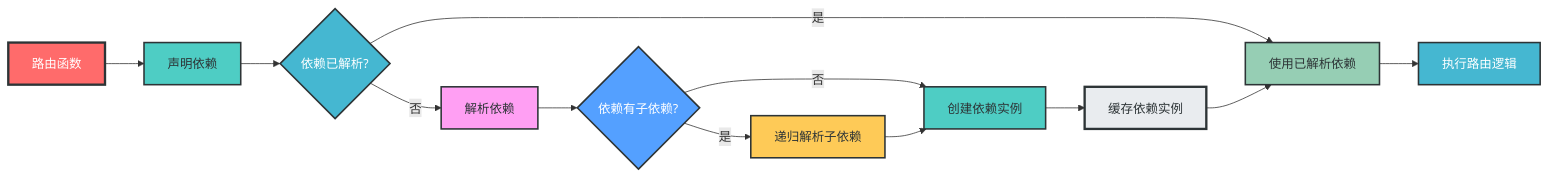
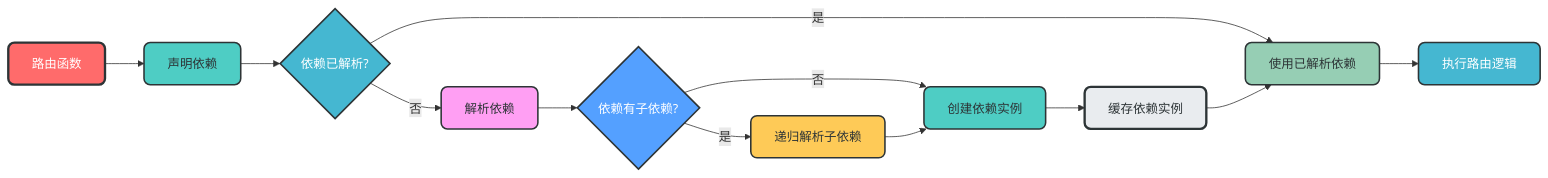
Before and after one commit to amuqiao/FastAPI-MVC: the fifth of 6 diagrams in README.md, drawn with Mermaid. The commit also changed other lines of this file, not shown here.

````diff
--- a/README.md
+++ b/README.md
@@ -205,25 +205,25 @@
 ```mermaid
 graph LR
     A[路由函数] --> B[声明依赖]
     B --> C{依赖已解析?}
     C -->|是| D[使用已解析依赖]
     C -->|否| E[解析依赖]
     E --> F{依赖有子依赖?}
     F -->|是| G[递归解析子依赖]
     F -->|否| H[创建依赖实例]
     G --> H
     H --> I[缓存依赖实例]
     I --> D
     D --> J[执行路由逻辑]
     
-    style A fill:#FF6B6B,stroke:#2D3436,stroke-width:3px,color:white
-    style B fill:#4ECDC4,stroke:#2D3436,stroke-width:2px,color:#2D3436
-    style C fill:#45B7D1,stroke:#2D3436,stroke-width:2px,color:white
-    style D fill:#96CEB4,stroke:#2D3436,stroke-width:2px,color:#2D3436
-    style E fill:#FF9FF3,stroke:#2D3436,stroke-width:2px,color:#2D3436
-    style F fill:#54A0FF,stroke:#2D3436,stroke-width:2px,color:white
-    style G fill:#FECA57,stroke:#2D3436,stroke-width:2px,color:#2D3436
-    style H fill:#4ECDC4,stroke:#2D3436,stroke-width:2px,color:#2D3436
-    style I fill:#E9ECEF,stroke:#2D3436,stroke-width:3px,color:#2D3436
-    style J fill:#45B7D1,stroke:#2D3436,stroke-width:2px,color:white
+    style A fill:#FF6B6B,stroke:#2D3436,stroke-width:3px,color:white,rx:8,ry:8
+    style B fill:#4ECDC4,stroke:#2D3436,stroke-width:2px,color:#2D3436,rx:8,ry:8
+    style C fill:#45B7D1,stroke:#2D3436,stroke-width:2px,color:white,rx:8,ry:8
+    style D fill:#96CEB4,stroke:#2D3436,stroke-width:2px,color:#2D3436,rx:8,ry:8
+    style E fill:#FF9FF3,stroke:#2D3436,stroke-width:2px,color:#2D3436,rx:8,ry:8
+    style F fill:#54A0FF,stroke:#2D3436,stroke-width:2px,color:white,rx:8,ry:8
+    style G fill:#FECA57,stroke:#2D3436,stroke-width:2px,color:#2D3436,rx:8,ry:8
+    style H fill:#4ECDC4,stroke:#2D3436,stroke-width:2px,color:#2D3436,rx:8,ry:8
+    style I fill:#E9ECEF,stroke:#2D3436,stroke-width:3px,color:#2D3436,rx:8,ry:8
+    style J fill:#45B7D1,stroke:#2D3436,stroke-width:2px,color:white,rx:8,ry:8
 ```
````
